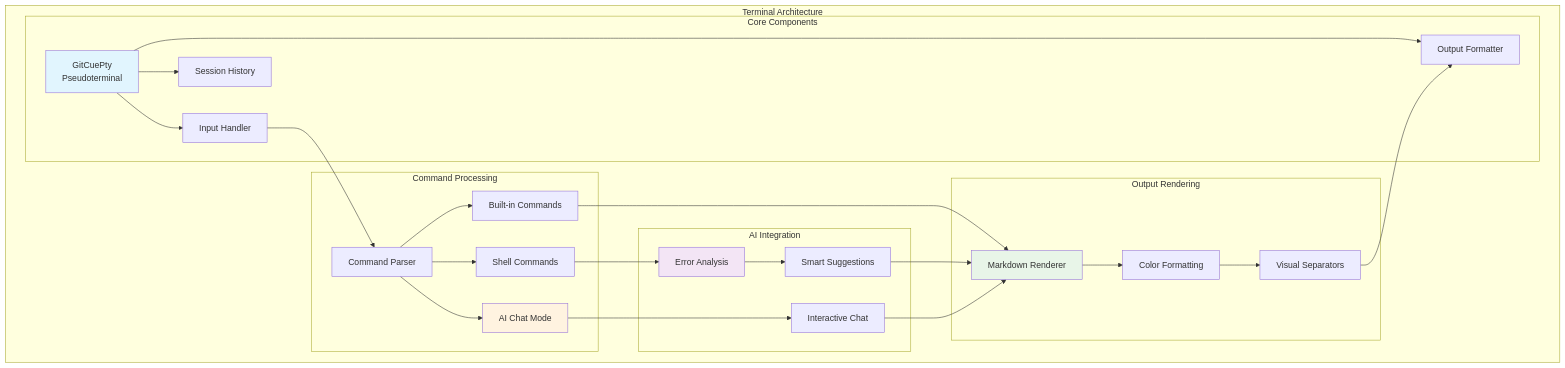
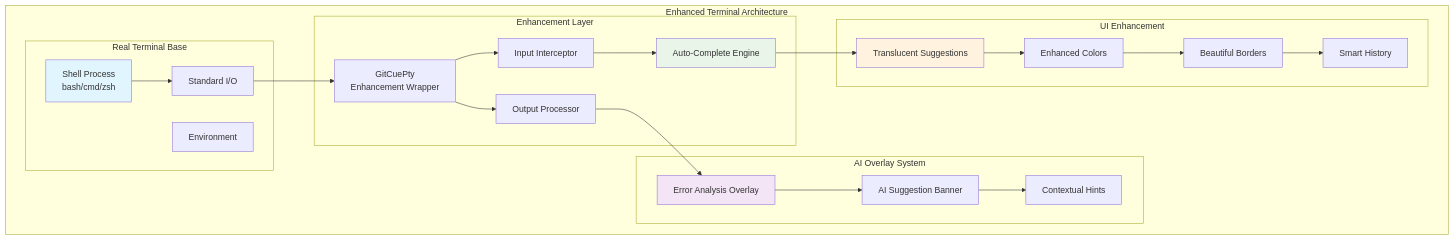
The first of 6 diagrams in gitcue/src/terminal/README.md (sbeeredd04/auto-git), drawn with Mermaid before and after one commit. The commit also changed other lines of this file and 1 other file, not shown here.

First line of the commit message:
docs(terminal): Refactor README for clarity

````diff
--- a/gitcue/src/terminal/README.md
+++ b/gitcue/src/terminal/README.md
@@ -7,56 +7,51 @@
 ```mermaid
 graph TB
-    subgraph "Terminal Architecture"
-        subgraph "Core Components"
-            PTY[GitCuePty<br/>Pseudoterminal]
-            INPUT[Input Handler]
-            OUTPUT[Output Formatter]
-            HISTORY[Session History]
+    subgraph "Enhanced Terminal Architecture"
+        subgraph "Real Terminal Base"
+            SHELL[Shell Process<br/>bash/cmd/zsh]
+            STDIO[Standard I/O]
+            ENV[Environment]
         end
         
-        subgraph "Command Processing"
-            PARSER[Command Parser]
-            BUILTIN[Built-in Commands]
-            SHELL[Shell Commands]
-            AI_MODE[AI Chat Mode]
+        subgraph "Enhancement Layer"
+            PTY[GitCuePty<br/>Enhancement Wrapper]
+            INPUT[Input Interceptor]
+            OUTPUT[Output Processor]
+            AUTOCOMPLETE[Auto-Complete Engine]
         end
         
-        subgraph "AI Integration"
-            ERROR_AI[Error Analysis]
-            CHAT_AI[Interactive Chat]
-            SUGGESTIONS[Smart Suggestions]
+        subgraph "AI Overlay System"
+            ERROR_AI[Error Analysis Overlay]
+            AI_BANNER[AI Suggestion Banner]
+            SMART_HINTS[Contextual Hints]
         end
         
-        subgraph "Output Rendering"
-            MARKDOWN[Markdown Renderer]
-            COLORS[Color Formatting]
-            BORDERS[Visual Separators]
+        subgraph "UI Enhancement"
+            TRANSLUCENT[Translucent Suggestions]
+            COLORS[Enhanced Colors]
+            BORDERS[Beautiful Borders]
+            HISTORY[Smart History]
         end
     end
     
+    SHELL --> STDIO
+    STDIO --> PTY
     PTY --> INPUT
     PTY --> OUTPUT
-    PTY --> HISTORY
     
-    INPUT --> PARSER
-    PARSER --> BUILTIN
-    PARSER --> SHELL
-    PARSER --> AI_MODE
+    INPUT --> AUTOCOMPLETE
+    OUTPUT --> ERROR_AI
     
-    SHELL --> ERROR_AI
-    AI_MODE --> CHAT_AI
-    ERROR_AI --> SUGGESTIONS
+    AUTOCOMPLETE --> TRANSLUCENT
+    ERROR_AI --> AI_BANNER
+    AI_BANNER --> SMART_HINTS
     
-    BUILTIN --> MARKDOWN
-    SUGGESTIONS --> MARKDOWN
-    CHAT_AI --> MARKDOWN
+    TRANSLUCENT --> COLORS
+    COLORS --> BORDERS
+    BORDERS --> HISTORY
     
-    MARKDOWN --> COLORS
-    COLORS --> BORDERS
-    BORDERS --> OUTPUT
-    
-    style PTY fill:#e1f5fe
+    style SHELL fill:#e1f5fe
     style ERROR_AI fill:#f3e5f5
-    style MARKDOWN fill:#e8f5e8
-    style AI_MODE fill:#fff3e0
+    style AUTOCOMPLETE fill:#e8f5e8
+    style TRANSLUCENT fill:#fff3e0
 ```
````
